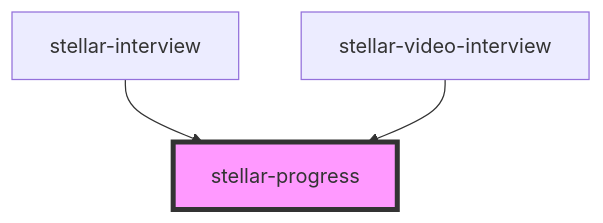
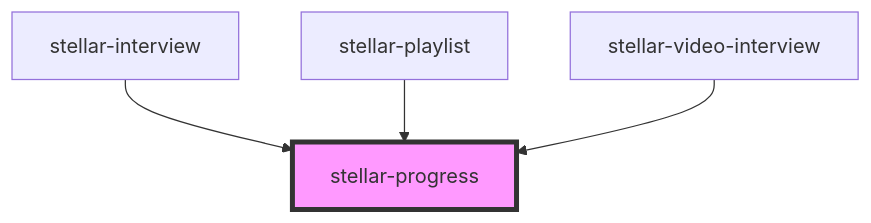
The diagram in src/components/forms/progress/readme.md (splitinfinities/Stellar), drawn with Mermaid before and after one commit. The commit also changed other lines of this file and 9 other files, not shown here.

````diff
--- a/src/components/forms/progress/readme.md
+++ b/src/components/forms/progress/readme.md
@@ -49,6 +51,7 @@
 ```mermaid
 graph TD;
   stellar-interview --> stellar-progress
+  stellar-playlist --> stellar-progress
   stellar-video-interview --> stellar-progress
   style stellar-progress fill:#f9f,stroke:#333,stroke-width:4px
 ```
````
